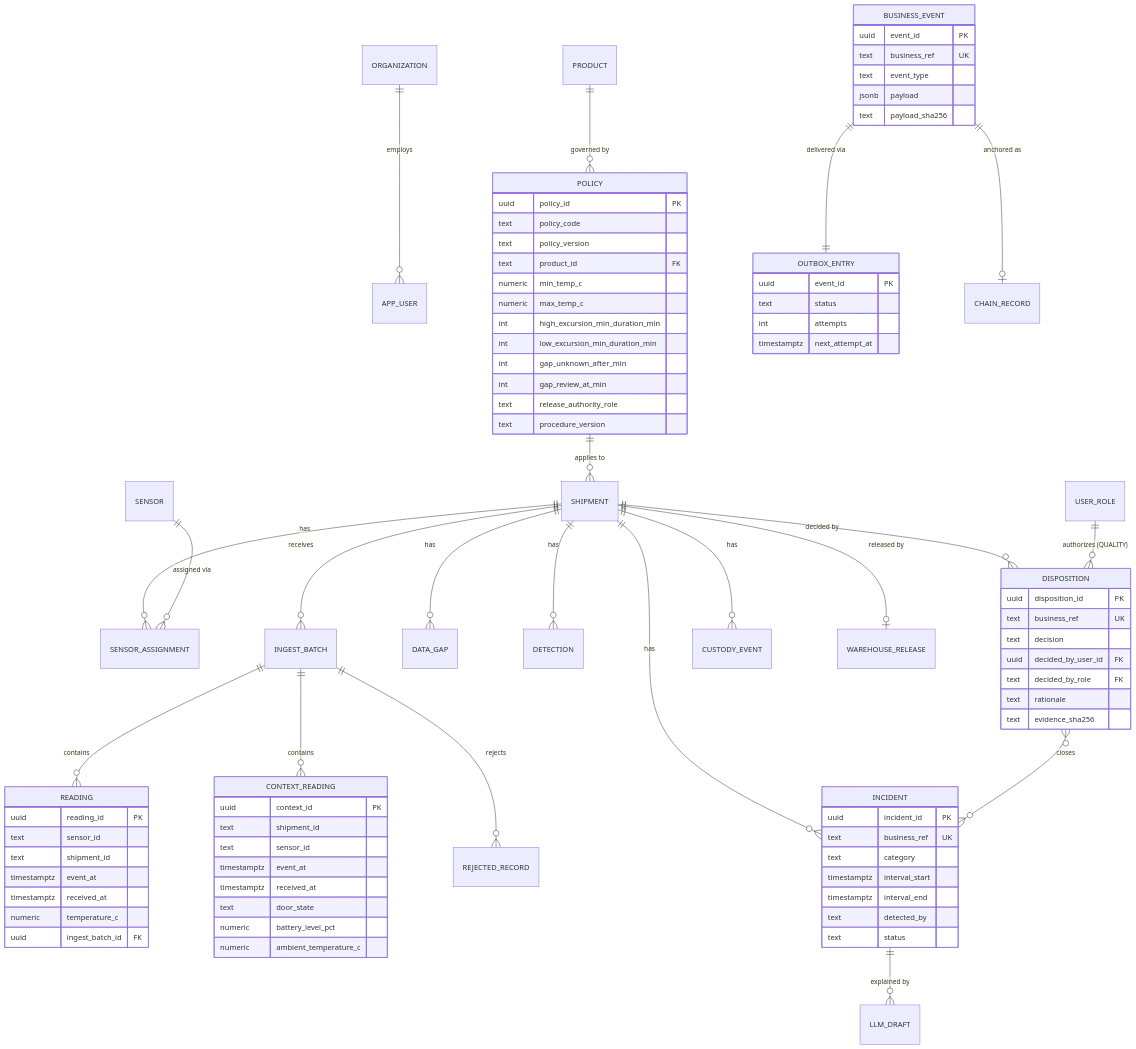
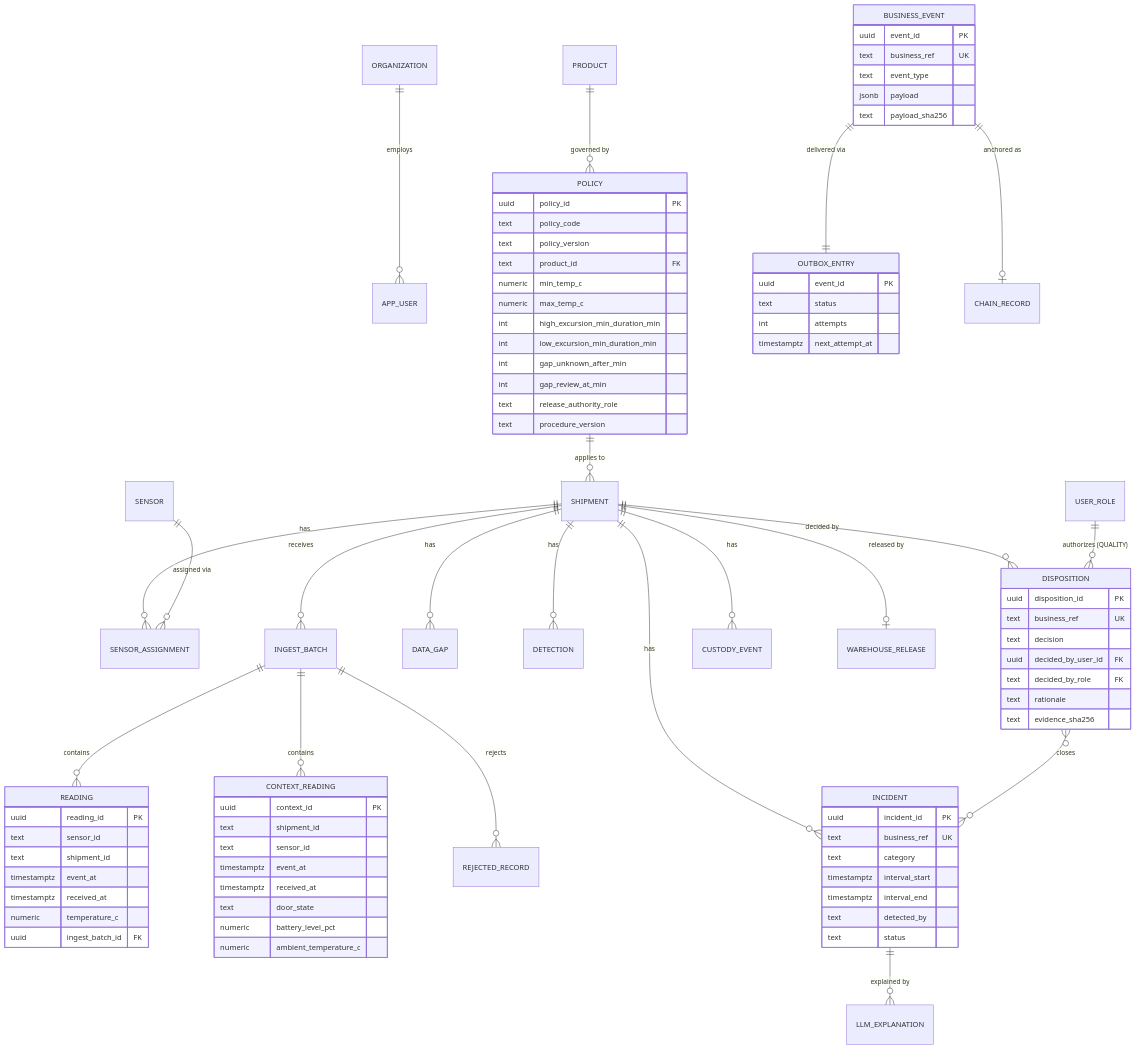
One commit to ntruonghuynh/ColdChain changed the second of 7 diagrams in docs/architecture.md. Above: the diagram before and after it, drawn with Mermaid. The commit also changed other lines of this file and 22 other files, not shown here.

```diff
--- a/docs/architecture.md
+++ b/docs/architecture.md
@@ -153,7 +153,7 @@
     SHIPMENT ||--o{ DATA_GAP : has
     SHIPMENT ||--o{ DETECTION : has
     SHIPMENT ||--o{ INCIDENT : has
-    INCIDENT ||--o{ LLM_DRAFT : "explained by"
+    INCIDENT ||--o{ LLM_EXPLANATION : "explained by"
     SHIPMENT ||--o{ DISPOSITION : "decided by"
     DISPOSITION }o--o{ INCIDENT : closes
     SHIPMENT ||--o{ CUSTODY_EVENT : has
```
